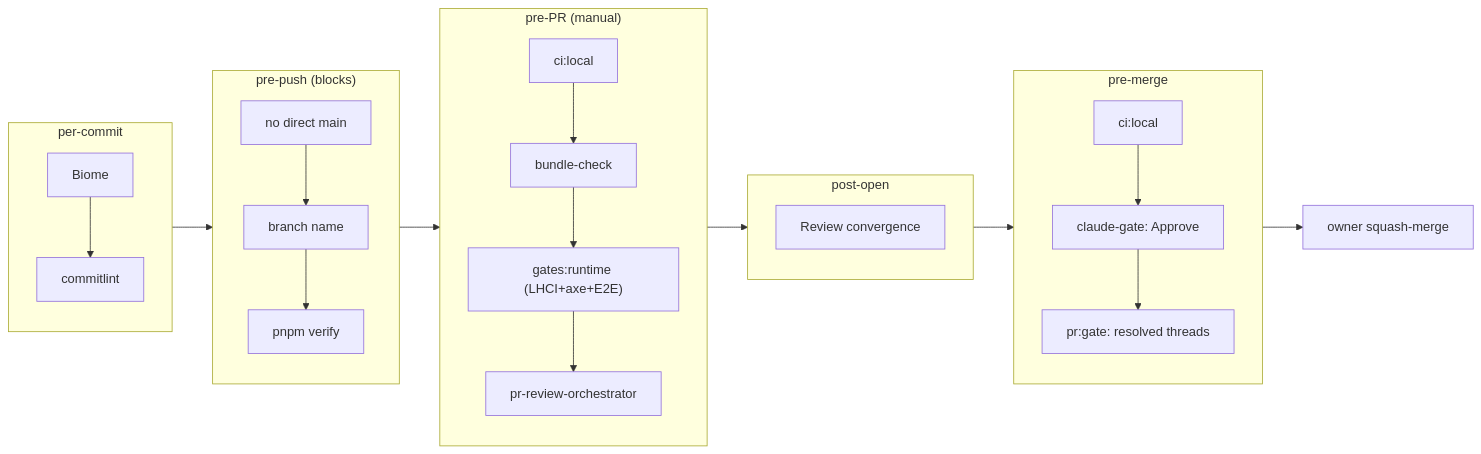
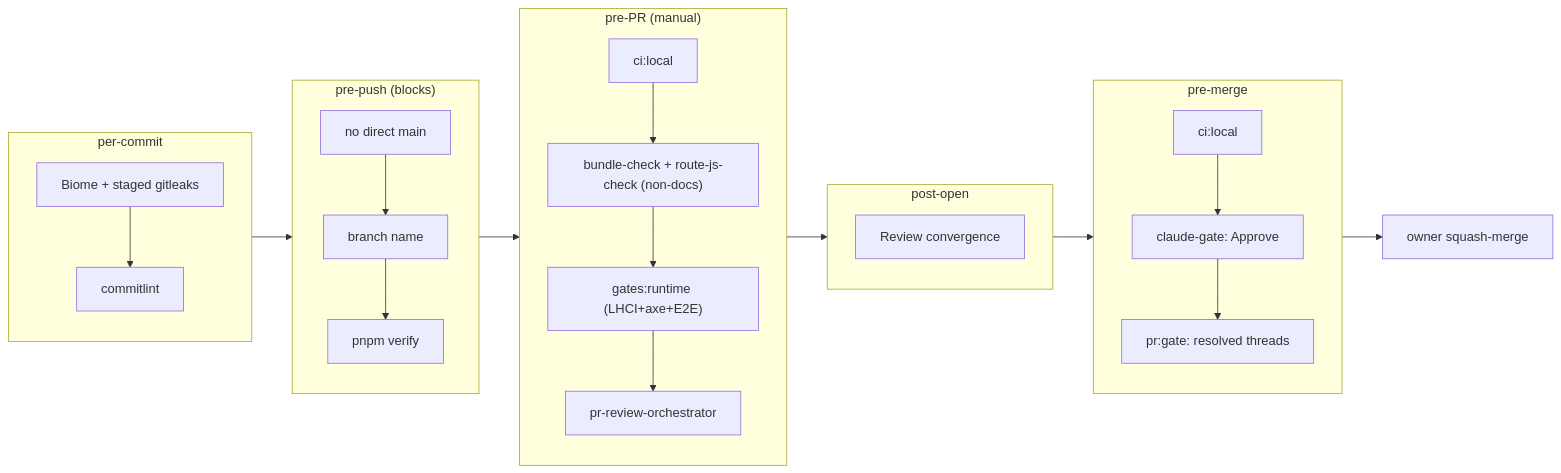
The second of 2 diagrams in docs/handbook/development-lifecycle.md (erikunha/portfolio), drawn with Mermaid before and after one commit. The commit also changed other lines of this file and 10 other files, not shown here.

````diff
--- a/docs/handbook/development-lifecycle.md
+++ b/docs/handbook/development-lifecycle.md
@@ -80,19 +80,19 @@
 ```mermaid
 flowchart LR
     subgraph commit["per-commit"]
-        g1["Biome"] --> g2["commitlint"]
+        g1["Biome + staged gitleaks"] --> g2["commitlint"]
     end
     subgraph prepush["pre-push (blocks)"]
         g3["no direct main"] --> g4["branch name"] --> g7["pnpm verify"]
     end
     subgraph prepr["pre-PR (manual)"]
-        g8["ci:local"] --> g9["bundle-check"] --> g11["gates:runtime (LHCI+axe+E2E)"] --> g12["pr-review-orchestrator"]
+        g8["ci:local"] --> g9["bundle-check + route-js-check (non-docs)"] --> g11["gates:runtime (LHCI+axe+E2E)"] --> g12["pr-review-orchestrator"]
     end
     subgraph open["post-open"]
         g13["Review convergence"]
     end
     subgraph premerge["pre-merge"]
         g15["ci:local"] --> g17["claude-gate: Approve"] --> g18["pr:gate: resolved threads"]
     end
     commit --> prepush --> prepr --> open --> premerge --> merge["owner squash-merge"]
 ```
````
